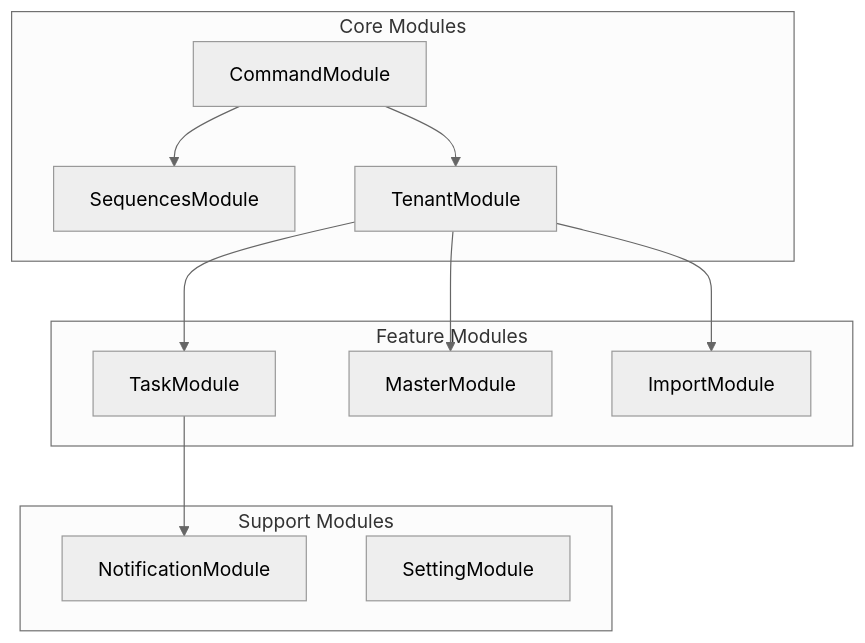
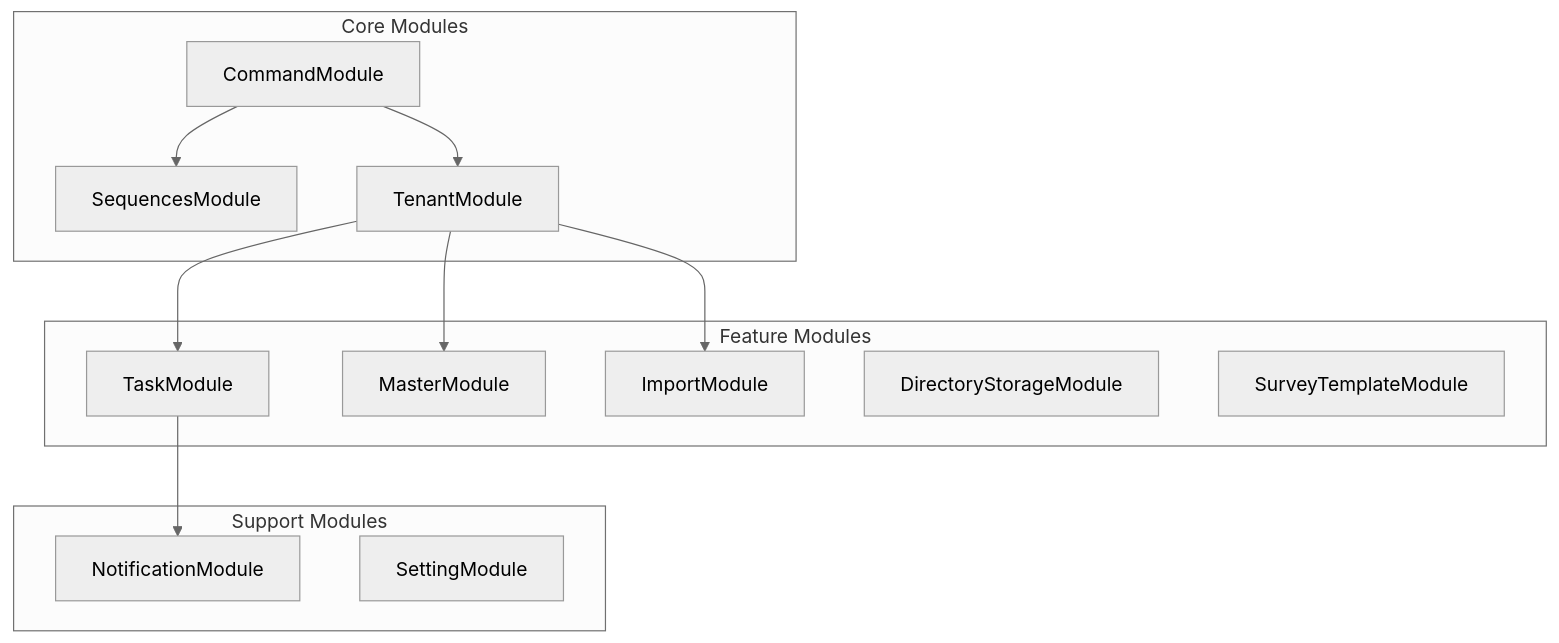
Before and after one commit to mbc-net/mbc-cqrs-serverless-doc: the diagram in i18n/en/docusaurus-plugin-content-docs/current/api-reference.md, drawn with Mermaid (neutral theme). The commit also changed other lines of this file and 4 other files, not shown here.

First line of the commit message:
docs(api-reference): add DirectoryStorageModule and SurveyTemplateModule to Feature Modules

````diff
--- a/i18n/en/docusaurus-plugin-content-docs/current/api-reference.md
+++ b/i18n/en/docusaurus-plugin-content-docs/current/api-reference.md
@@ -11,26 +11,28 @@
 ```mermaid
 graph TB
     subgraph "Core Modules"
         A["CommandModule"]
         B["SequencesModule"]
         C["TenantModule"]
     end
 
     subgraph "Feature Modules"
         D["TaskModule"]
         E["MasterModule"]
         F["ImportModule"]
+        G["DirectoryStorageModule"]
+        H["SurveyTemplateModule"]
     end
 
     subgraph "Support Modules"
-        G["NotificationModule"]
-        H["SettingModule"]
+        I["NotificationModule"]
+        J["SettingModule"]
     end
 
     A --> B
     A --> C
     C --> D
     C --> E
     C --> F
-    D --> G
+    D --> I
 ```
````
